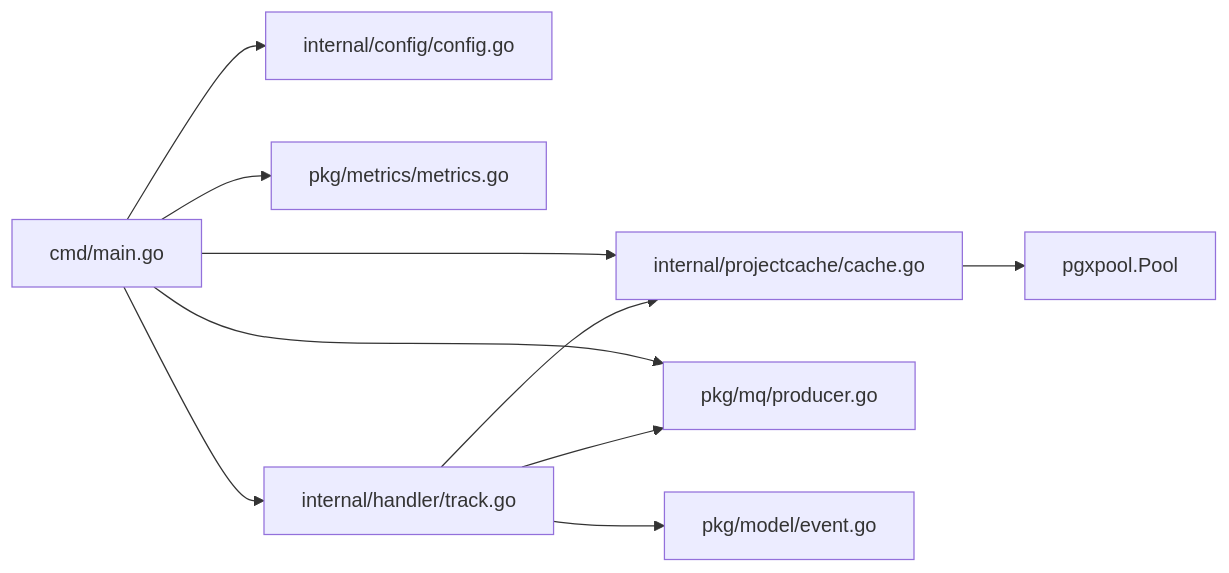
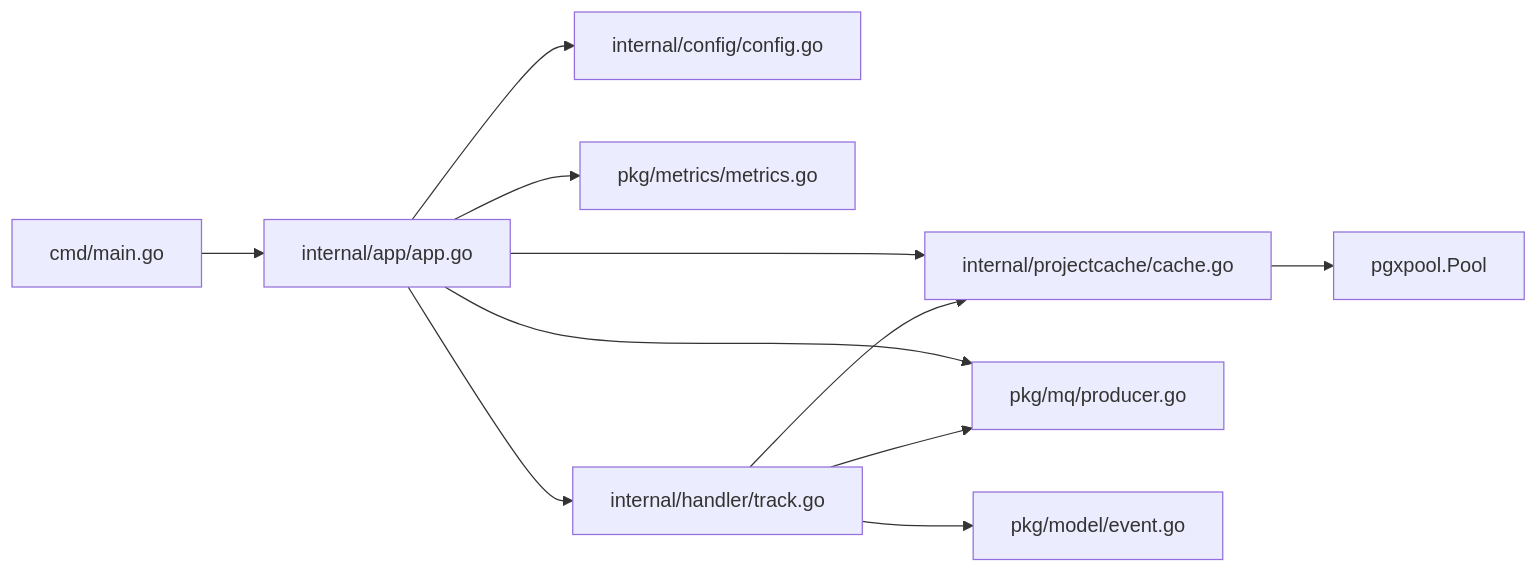
The sixth of 6 diagrams in .qoder/repowiki/zh/content/后端服务架构/Collector服务.md (zhen-zhong/AeroLog), drawn with Mermaid before and after one commit. The commit also changed other lines of this file and 105 other files, not shown here.

````diff
--- a/.qoder/repowiki/zh/content/后端服务架构/Collector服务.md
+++ b/.qoder/repowiki/zh/content/后端服务架构/Collector服务.md
@@ -275,12 +295,13 @@
 ```mermaid
 graph LR
-MAIN["cmd/main.go"] --> CFG["internal/config/config.go"]
-MAIN --> PC["internal/projectcache/cache.go"]
-MAIN --> MQ["pkg/mq/producer.go"]
-MAIN --> MET["pkg/metrics/metrics.go"]
-MAIN --> TH["internal/handler/track.go"]
+MAIN["cmd/main.go"] --> APP["internal/app/app.go"]
+APP --> CFG["internal/config/config.go"]
+APP --> PC["internal/projectcache/cache.go"]
+APP --> MQ["pkg/mq/producer.go"]
+APP --> MET["pkg/metrics/metrics.go"]
+APP --> TH["internal/handler/track.go"]
 TH --> EV["pkg/model/event.go"]
 PC --> PG["pgxpool.Pool"]
 TH --> PC
 TH --> MQ
 ```
````
